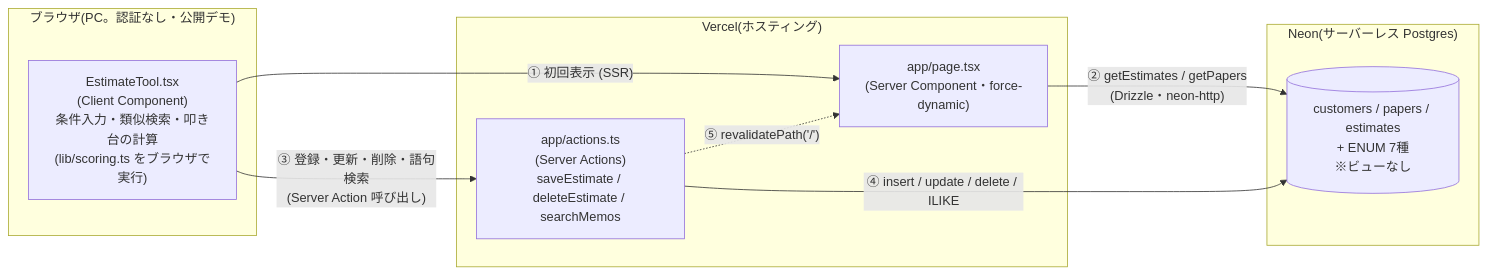
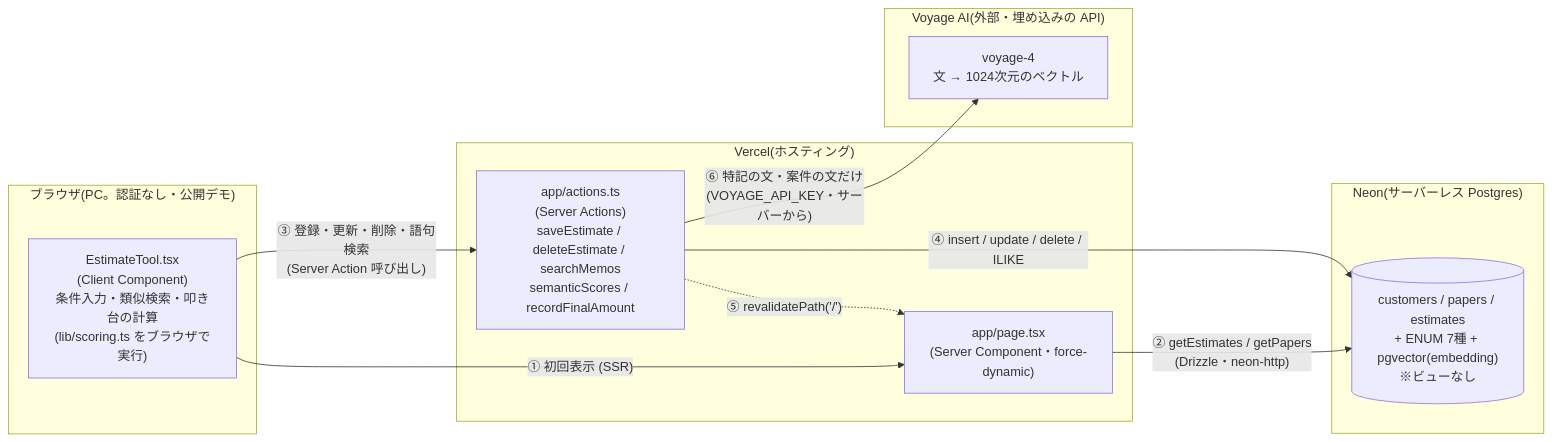
Before and after one commit to mikanoooosub-commits/tsumoru-poc: the diagram in docs/architecture.md, drawn with Mermaid. The commit also changed other lines of this file and 13 other files, not shown here.

````diff
--- a/docs/architecture.md
+++ b/docs/architecture.md
@@ -11,21 +11,26 @@
 ```mermaid
 flowchart LR
   subgraph Browser["ブラウザ(PC。認証なし・公開デモ)"]
     Client["EstimateTool.tsx\n(Client Component)\n条件入力・類似検索・叩き台の計算\n(lib/scoring.ts をブラウザで実行)"]
   end
 
   subgraph Vercel["Vercel(ホスティング)"]
     Page["app/page.tsx\n(Server Component・force-dynamic)"]
-    Actions["app/actions.ts\n(Server Actions)\nsaveEstimate / deleteEstimate / searchMemos"]
+    Actions["app/actions.ts\n(Server Actions)\nsaveEstimate / deleteEstimate / searchMemos\nsemanticScores / recordFinalAmount"]
   end
 
   subgraph Neon["Neon(サーバーレス Postgres)"]
-    DB[("customers / papers / estimates\n+ ENUM 7種\n※ビューなし")]
+    DB[("customers / papers / estimates\n+ ENUM 7種 + pgvector(embedding)\n※ビューなし")]
+  end
+
+  subgraph Voyage["Voyage AI(外部・埋め込みの API)"]
+    VA["voyage-4\n文 → 1024次元のベクトル"]
   end
 
   Client -->|"① 初回表示 (SSR)"| Page
   Page -->|"② getEstimates / getPapers\n(Drizzle・neon-http)"| DB
   Client -->|"③ 登録・更新・削除・語句検索\n(Server Action 呼び出し)"| Actions
   Actions -->|"④ insert / update / delete / ILIKE"| DB
   Actions -.->|"⑤ revalidatePath('/')"| Page
+  Actions -->|"⑥ 特記の文・案件の文だけ\n(VOYAGE_API_KEY・サーバーから)"| VA
 ```
````
